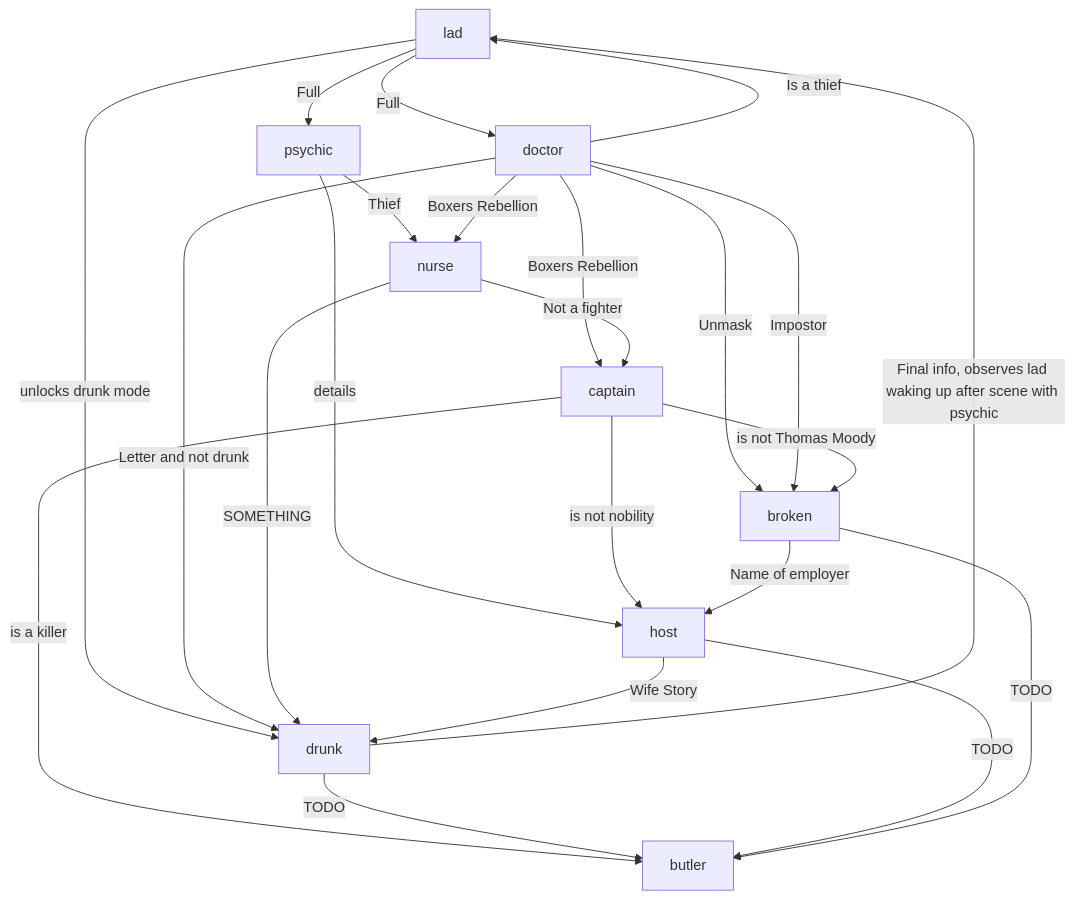
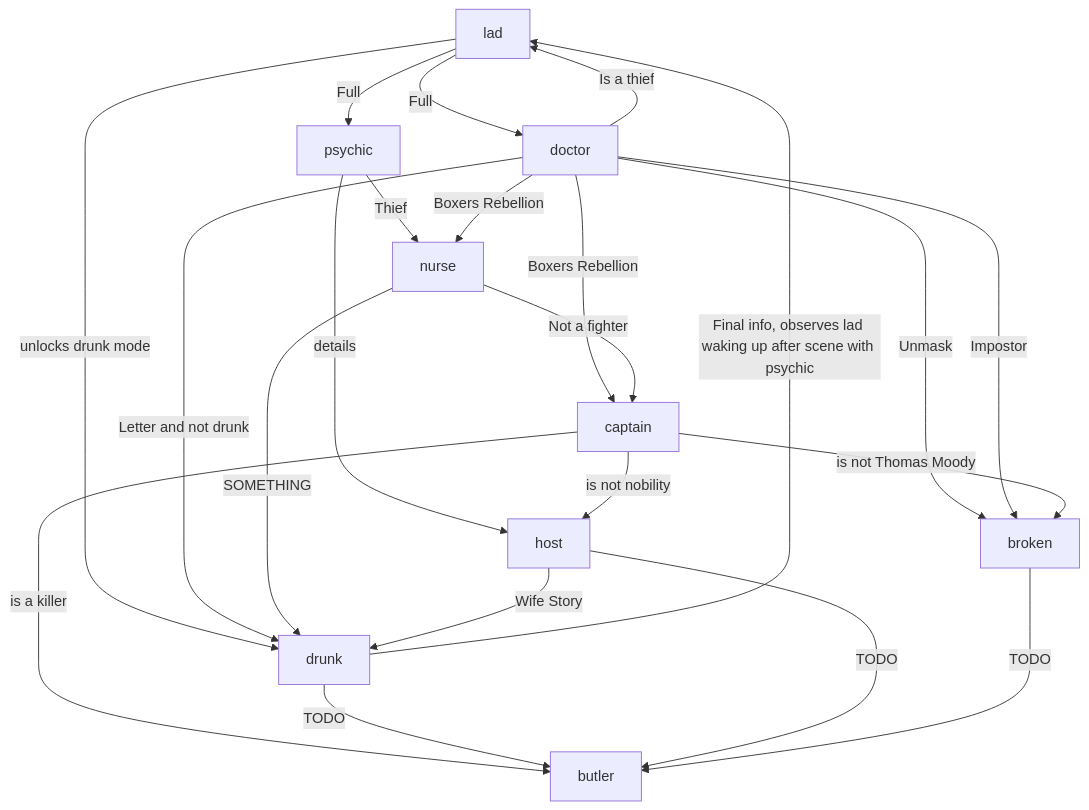
One commit to olivierpierre85/ClaythornManor changed the diagram in docs/game_story/unlock.md. Above: the diagram before and after it, drawn with Mermaid. The commit also changed 4 other files, not shown here.

````diff
--- a/docs/game_story/unlock.md
+++ b/docs/game_story/unlock.md
@@ -5,25 +5,24 @@
 ```mermaid
 graph TD;
     lad -->|Full| doctor;
     lad -->|Full| psychic;
     lad -->|unlocks drunk mode| drunk;
     psychic -->|Thief| nurse;
     psychic -->|details| host;
     doctor -->|Boxers Rebellion | nurse;
     doctor -->|Boxers Rebellion| captain;
     doctor -->|Letter and not drunk| drunk;
     doctor -->|Unmask| broken;
     doctor -->|Is a thief| lad;
     doctor -->|Impostor| broken;
     nurse -->|Not a fighter| captain;
     nurse -->|SOMETHING| drunk;
     captain -->|is not nobility| host;
     captain -->|is not Thomas Moody| broken;
-    broken -->|Name of employer| host;
     host -->|Wife Story| drunk;
     drunk -->|Final info, observes lad waking up after scene with psychic| lad;
     captain -->|is a killer| butler;
     drunk -->|TODO| butler;
     host -->|TODO| butler;
     broken -->|TODO| butler;
 ```
````
